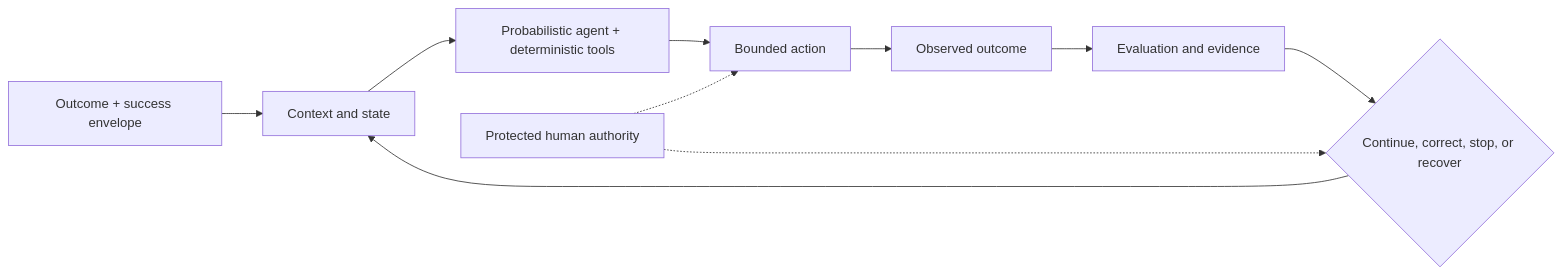
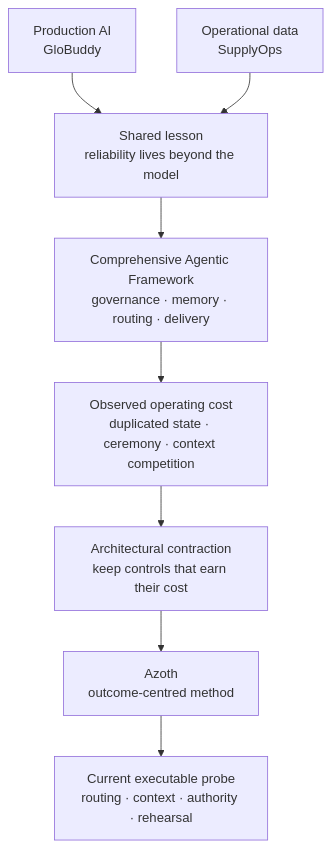
The third of 3 diagrams in kernel/templates/README.public.azoth.md (yiwei79/root-azoth), drawn with Mermaid before and after one commit. The commit also changed other lines of this file and 4 other files, not shown here.

````diff
--- a/kernel/templates/README.public.azoth.md
+++ b/kernel/templates/README.public.azoth.md
@@ -96,12 +102,10 @@
 ```mermaid
-flowchart LR
-    A["Outcome + success envelope"] --> B["Context and state"]
-    B --> C["Probabilistic agent + deterministic tools"]
-    C --> D["Bounded action"]
-    D --> E["Observed outcome"]
-    E --> F["Evaluation and evidence"]
-    F --> G{"Continue, correct, stop, or recover"}
-    G --> B
-    H["Protected human authority"] -.-> D
-    H -.-> G
+flowchart TB
+    A["Production AI<br/>GloBuddy"] --> C["Shared lesson<br/>reliability lives beyond the model"]
+    B["Operational data<br/>SupplyOps"] --> C
+    C --> D["Comprehensive Agentic Framework<br/>governance · memory · routing · delivery"]
+    D --> E["Observed operating cost<br/>duplicated state · ceremony · context competition"]
+    E --> F["Architectural contraction<br/>keep controls that earn their cost"]
+    F --> G["Azoth<br/>outcome-centred method"]
+    G --> H["Current executable probe<br/>routing · context · authority · rehearsal"]
 ```
````
